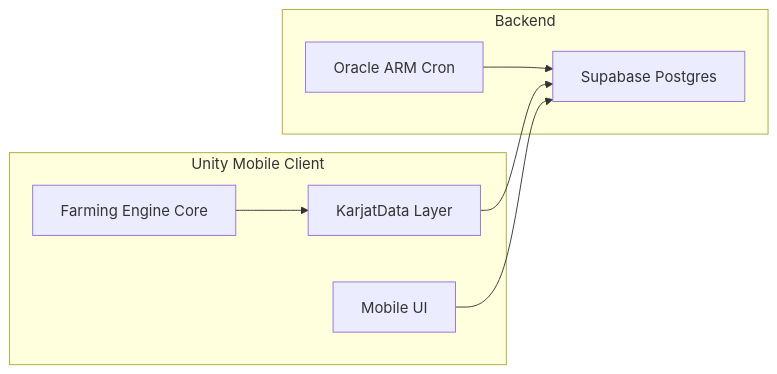
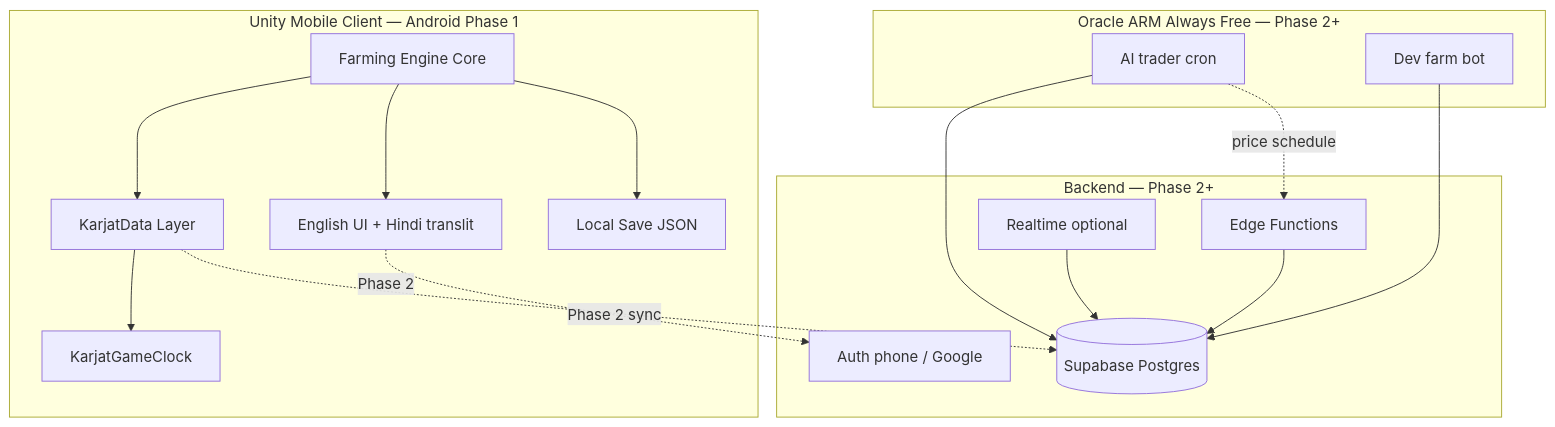
One commit to appopoleisStudios/karjat-farms changed the first of 2 diagrams in docs/tech/architecture.md. Above: the diagram before and after it, drawn with Mermaid. The commit also changed other lines of this file and 5 other files, not shown here.

First line of the commit message:
docs: complete GDD + architecture (PM) — SA re-audit ready

````diff
--- a/docs/tech/architecture.md
+++ b/docs/tech/architecture.md
@@ -15,16 +12,34 @@
 ```mermaid
-flowchart LR
-  subgraph client [Unity Mobile Client]
+flowchart TB
+  subgraph client [Unity Mobile Client — Android Phase 1]
     FE[Farming Engine Core]
     KD[KarjatData Layer]
-    UI[Mobile UI]
+    KGC[KarjatGameClock]
+    UI[English UI + Hindi translit]
+    LS[Local Save JSON]
   end
-  subgraph backend [Backend]
-    SB[Supabase Postgres]
-    OR[Oracle ARM Cron]
+
+  subgraph phase2 [Backend — Phase 2+]
+    SB[(Supabase Postgres)]
+    EF[Edge Functions]
+    RT[Realtime optional]
+    AUTH[Auth phone / Google]
   end
+
+  subgraph cron [Oracle ARM Always Free — Phase 2+]
+    OR[AI trader cron]
+    DF[Dev farm bot]
+  end
+
   FE --> KD
-  KD --> SB
+  KD --> KGC
+  FE --> UI
+  FE --> LS
+  KD -.->|Phase 2 sync| SB
+  UI -.->|Phase 2| AUTH
+  EF --> SB
+  RT --> SB
   OR --> SB
-  UI --> SB
+  DF --> SB
+  OR -.->|price schedule| EF
 ```
````
